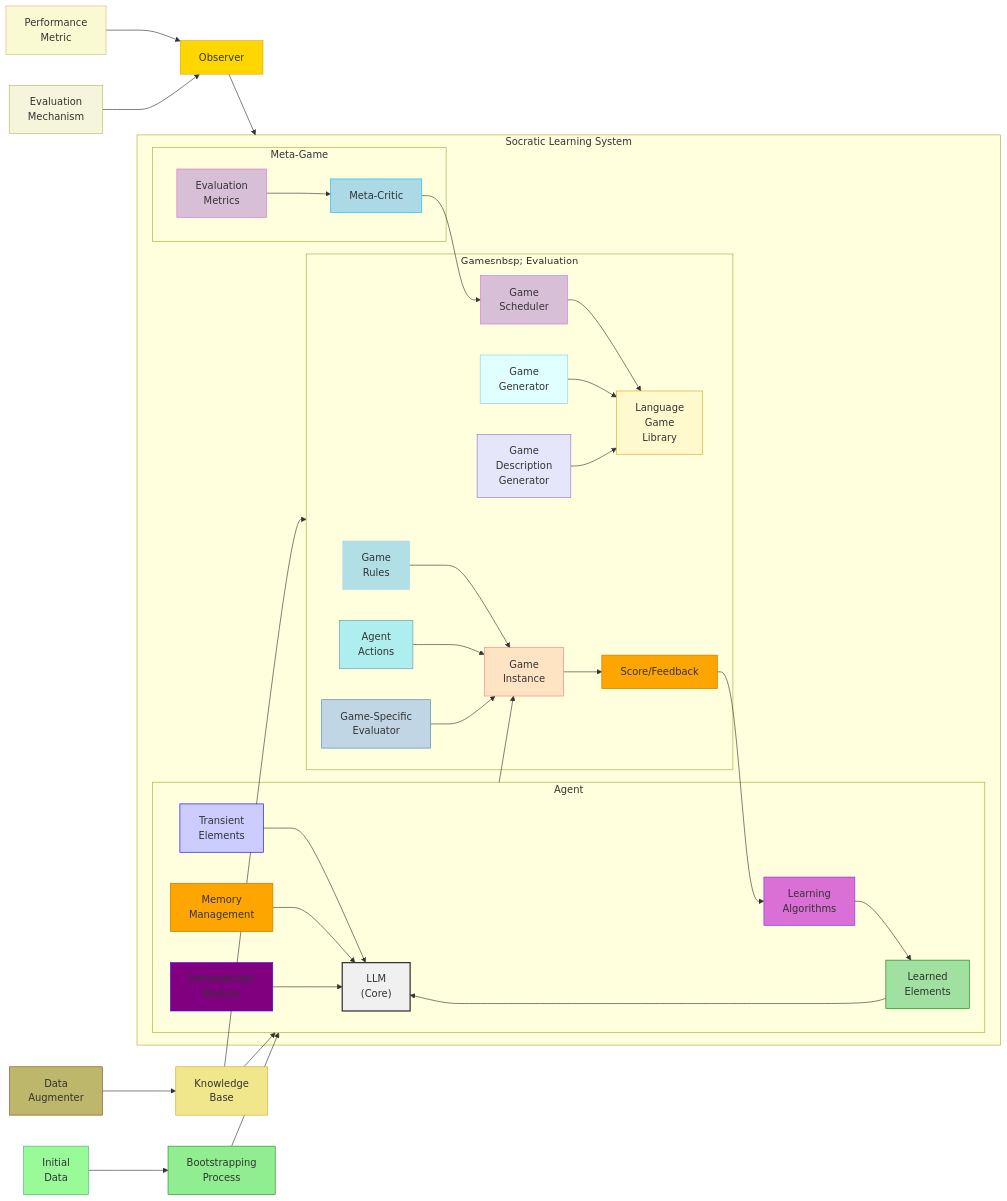
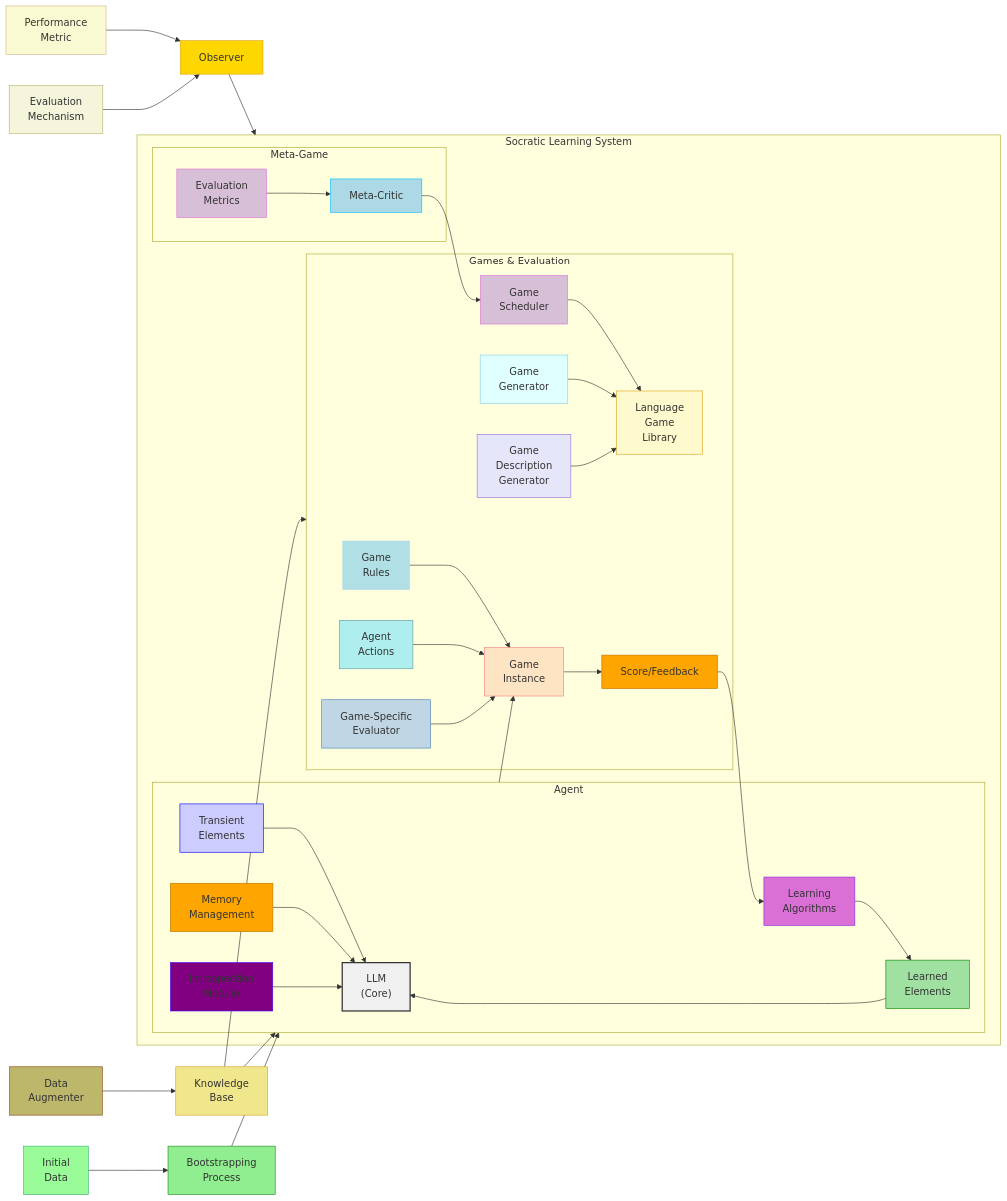
The diagram in software_dev/17-socratic-overview-2.mermaid (nshkrdotcom/diagram_experiments), drawn with Mermaid before and after one commit.

```diff
--- a/software_dev/17-socratic-overview-2.mermaid
+++ b/software_dev/17-socratic-overview-2.mermaid
@@ -1,69 +1,69 @@
 graph LR
     subgraph SocraticLearning["Socratic&nbsp;Learning&nbsp;System"]
 
         subgraph Agent["Agent"]
             LLM["LLM<br>(Core)"]
             LearnedElements["Learned<br>Elements"] --> LLM
             TransientElements["Transient<br>Elements"] --> LLM
             Memory["Memory<br>Management"] --> LLM
             Introspection["Introspection<br>Module"] --> LLM
             LearningAlgorithms["Learning<br>Algorithms"] --> LearnedElements
             style LLM fill:#f0f0f0,stroke:#333,stroke-width:2px
             style LearnedElements fill:#a0e0a0,stroke:#080
             style TransientElements fill:#ccf,stroke:#00f
             style Memory fill:#ffa500,stroke:#b70
             style Introspection fill:#800080,stroke:#40f
             style LearningAlgorithms fill:#da70d6,stroke:#8a2be2
         end
 
-        subgraph GamesAndEvaluation["Gamesnbsp;&nbsp;Evaluation"]
+        subgraph GamesAndEvaluation["Games&nbsp;&&nbsp;Evaluation"]
             GameLibrary["Language<br>Game<br>Library"]
             GameScheduler["Game<br>Scheduler"] --> GameLibrary
             GameGenerator["Game<br>Generator"] --> GameLibrary
             GameDescriptions["Game<br>Description<br>Generator"] --> GameLibrary
             
             GameInstance["Game<br>Instance"]
             GameRules["Game<br>Rules"] --> GameInstance
             AgentActions["Agent<br>Actions"] --> GameInstance
             Evaluator["Game-Specific<br>Evaluator"] --> GameInstance
             Score["Score/Feedback"] --> LearningAlgorithms
             
             style GameLibrary fill:#fffacd,stroke:#daa520
             style GameScheduler fill:#d8bfd8,stroke:#da70d6
             style GameGenerator fill:#e0ffff,stroke:#87ceeb
             style GameDescriptions fill:#e6e6fa,stroke:#9370db
             style GameInstance fill:#ffe4c4,stroke:#f08080
             style GameRules fill:#b0e0e6,stroke:#add8e6
             style AgentActions fill:#afeeee,stroke:#5f9ea0
             style Evaluator fill:#c0d6e4,stroke:#4682b4
             style Score fill:#ffa500,stroke:#b70
         end
 
         subgraph Meta["Meta#8209;Game"]
             MetaCritic["Meta-Critic"] --> GameScheduler
             EvaluationMetrics["Evaluation<br>Metrics"] --> MetaCritic
             style MetaCritic fill:#add8e6,stroke:#00bfff
             style EvaluationMetrics fill:#d8bfd8,stroke:#da70d6
         end
 
         Agent --> GameInstance
         GameInstance --> Score
         
 
     end
 
     Observer["Observer"]
     Performance["Performance<br>Metric"] --> Observer
     EvaluationMechanism["Evaluation<br>Mechanism"] --> Observer --> SocraticLearning
     style Observer fill:#FFD700,stroke:#DAA520
     style Performance fill:#FAFAD2,stroke:#D2B48C
     style EvaluationMechanism fill:#f5f5dc,stroke:#bdb76b
 
     Bootstrapping["Bootstrapping<br>Process"] --> Agent
     InitialData["Initial<br>Data"] --> Bootstrapping
     KnowledgeBase["Knowledge<br>Base"] --> Agent
     DataAugmenter["Data<br>Augmenter"] --> KnowledgeBase ----> GamesAndEvaluation
      style Bootstrapping fill:#90ee90,stroke:#228b22
      style InitialData fill:#98fb98,stroke:#3cb371
      style KnowledgeBase fill:#f0e68c,stroke:#daa520
      style DataAugmenter fill:#bdb76b,stroke:#8b4513
```
